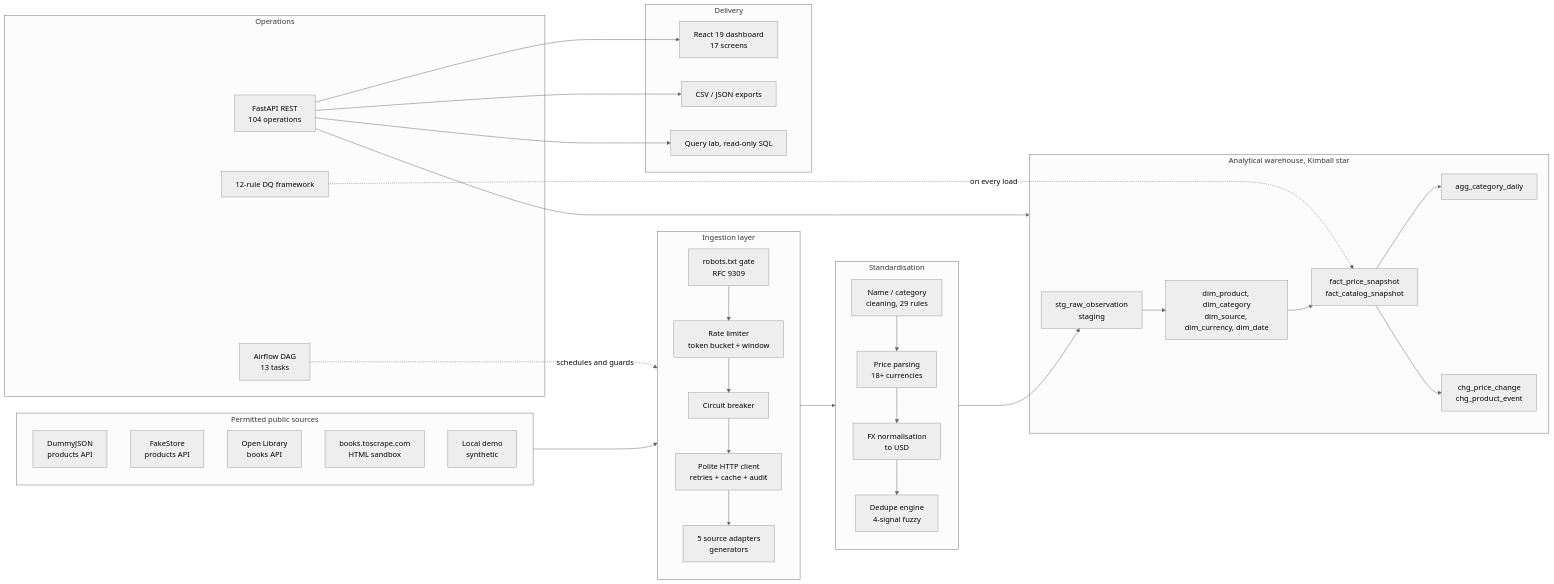
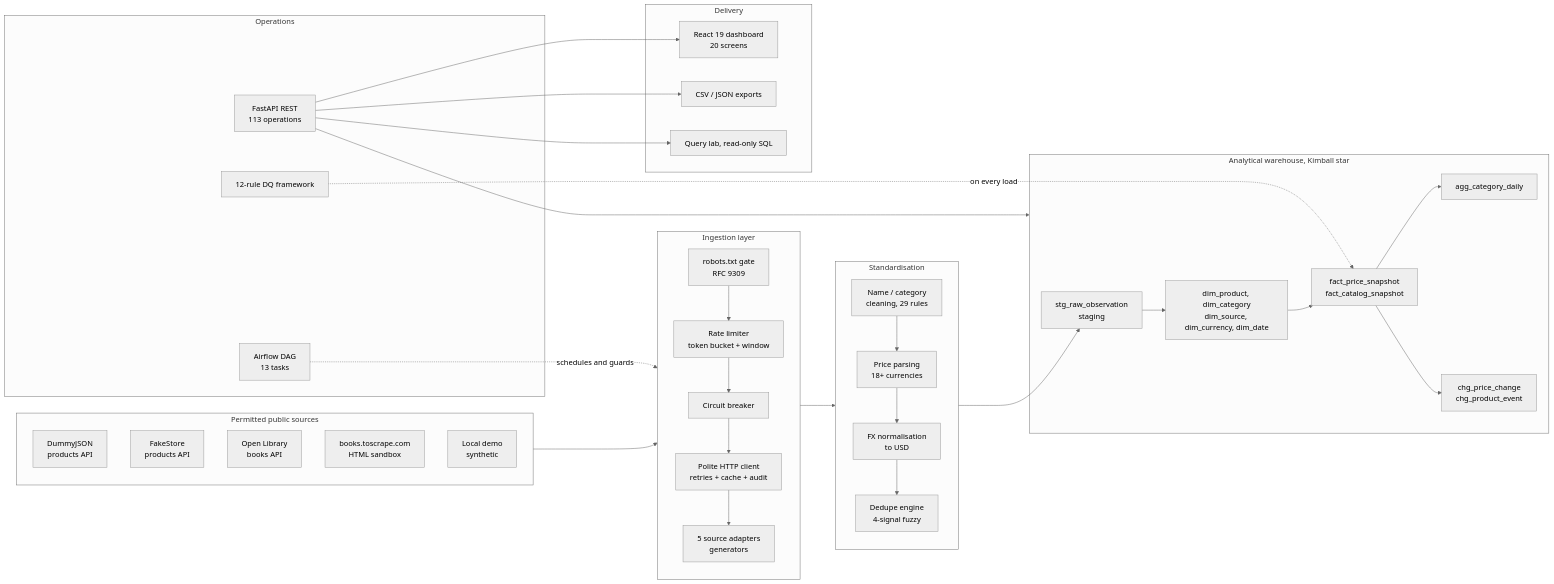
Before and after one commit to Ahmedbakr78/Web-to-Warehouse-Product-Intelligence-Pipeline: the first of 9 diagrams in README.md, drawn with Mermaid (neutral theme). The commit also changed other lines of this file and 14 other files, not shown here.

````diff
--- a/README.md
+++ b/README.md
@@ -194,55 +194,55 @@
 ```mermaid
 flowchart LR
     subgraph Sources["Permitted public sources"]
         A1["DummyJSON<br/>products API"]
         A2["FakeStore<br/>products API"]
         A3["Open Library<br/>books API"]
         A4["books.toscrape.com<br/>HTML sandbox"]
         A5["Local demo<br/>synthetic"]
     end
 
     subgraph Ingest["Ingestion layer"]
         direction TB
         R["robots.txt gate<br/>RFC 9309"]
         RL["Rate limiter<br/>token bucket + window"]
         CB["Circuit breaker"]
         HC["Polite HTTP client<br/>retries + cache + audit"]
         S["5 source adapters<br/>generators"]
         R --> RL --> CB --> HC --> S
     end
 
     subgraph Clean["Standardisation"]
         C1["Name / category<br/>cleaning, 29 rules"]
         C2["Price parsing<br/>18+ currencies"]
         C3["FX normalisation<br/>to USD"]
         DD["Dedupe engine<br/>4-signal fuzzy"]
         C1 --> C2 --> C3 --> DD
     end
 
     subgraph Wh["Analytical warehouse, Kimball star"]
         STG["stg_raw_observation<br/>staging"]
         DIM["dim_product, dim_category<br/>dim_source, dim_currency, dim_date"]
         FACT["fact_price_snapshot<br/>fact_catalog_snapshot"]
         AGG["agg_category_daily"]
         CHG["chg_price_change<br/>chg_product_event"]
         STG --> DIM --> FACT --> AGG & CHG
     end
 
     subgraph Ops["Operations"]
         AF["Airflow DAG<br/>13 tasks"]
-        API["FastAPI REST<br/>104 operations"]
+        API["FastAPI REST<br/>113 operations"]
         DQ["12-rule DQ framework"]
     end
 
     subgraph UI["Delivery"]
-        RE["React 19 dashboard<br/>17 screens"]
+        RE["React 19 dashboard<br/>20 screens"]
         EXP["CSV / JSON exports"]
         QL["Query lab, read-only SQL"]
     end
 
     Sources --> Ingest --> Clean --> STG
     AF -.schedules and guards.-> Ingest
     API --> Wh
     API --> RE & EXP & QL
     DQ -.on every load.-> FACT
 ```
````
